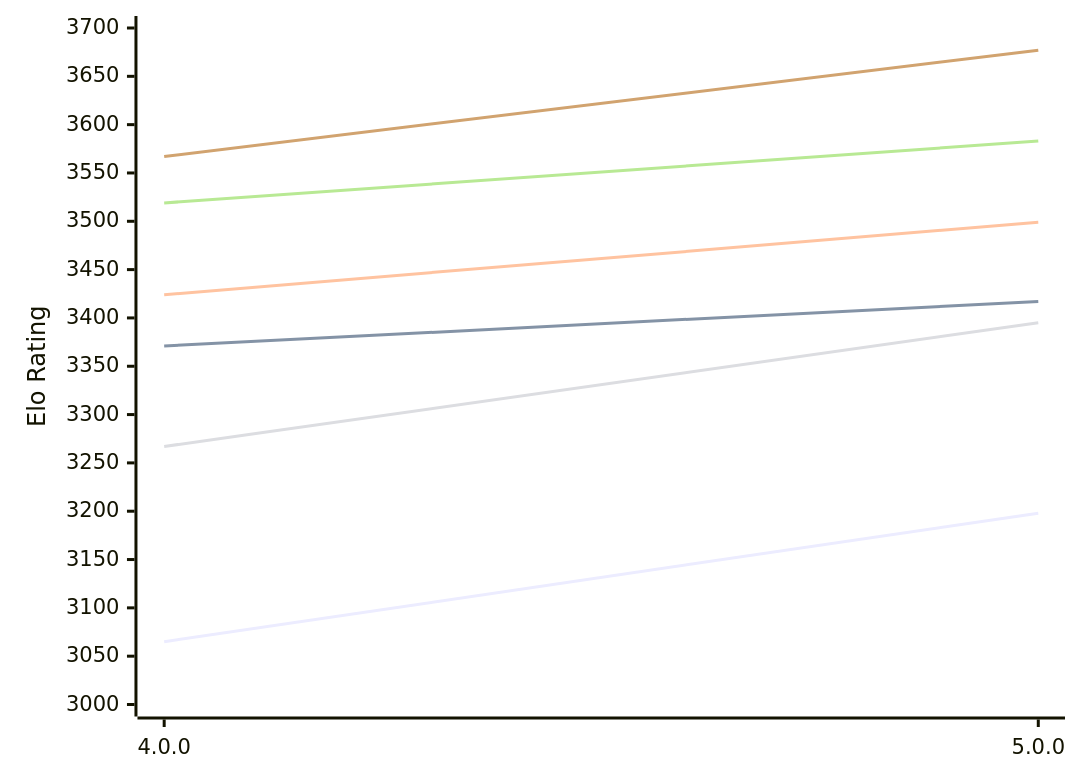
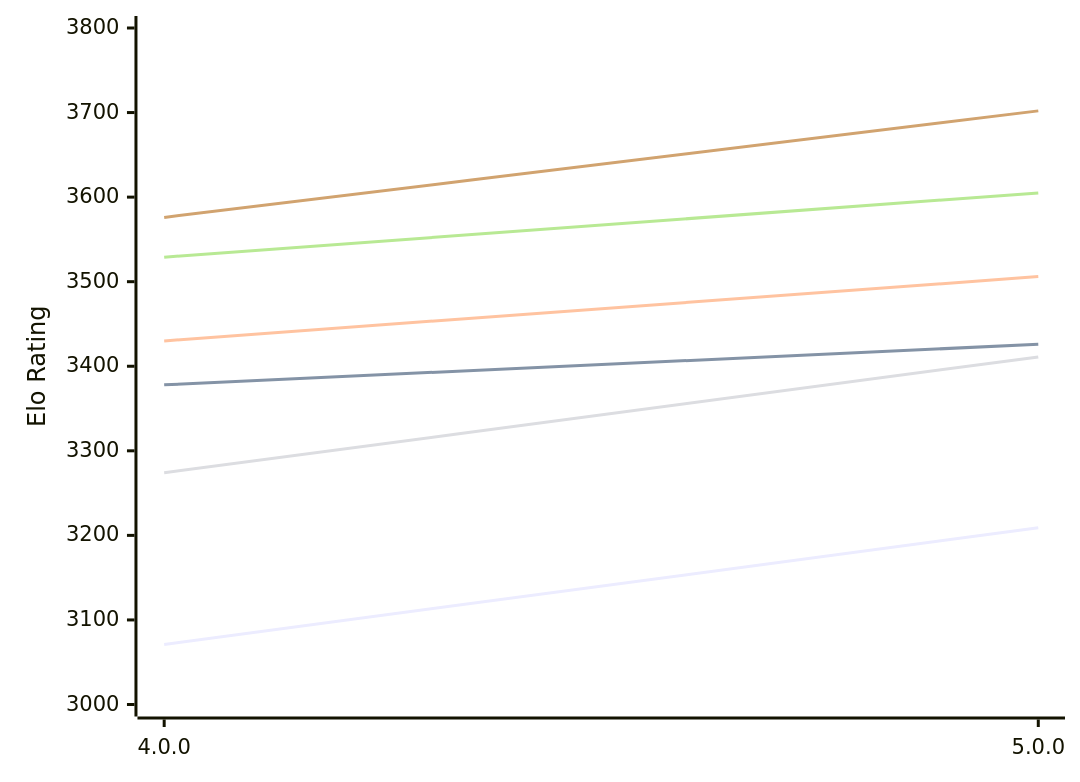
One commit to computer-chess-index/cci changed the first of 2 diagrams in engines/Avalanche.md. Above: the diagram before and after it, drawn with Mermaid. The commit also changed other lines of this file, not shown here.

Commit message:
Update CCI Ratings (ELO VLTC) - 2026-10-16

````diff
--- a/engines/Avalanche.md
+++ b/engines/Avalanche.md
@@ -50,12 +50,12 @@
 ```mermaid
 %%{init: {"theme":"base","themeVariables":{"seriesColors:['#a3a3a3','#222221','#faa371']}}}%%
 xychart-beta
   x-axis ["4.0.0", "5.0.0"]
-  y-axis "Elo Rating" 3000 --> 3700
-  line "E1: STC (8.0+0.08s)" [3065, 3198]
-  line "E1: LTC (60.0+0.60s)" [3371, 3417]
-  line "E1: VLTC (2m24s+1.12s)" [3424, 3499]
-  line "P1: STC (8.0+0.08s)" [3267, 3395]
-  line "P1: LTC (60.0+0.60s)" [3519, 3583]
-  line "P1: VLTC (2m24s+1.12s)" [3567, 3677]
+  y-axis "Elo Rating" 3000 --> 3800
+  line "E1: STC (8.0+0.08s)" [3071, 3209]
+  line "E1: LTC (60.0+0.60s)" [3378, 3426]
+  line "E1: VLTC (2m24s+1.12s)" [3430, 3506]
+  line "P1: STC (8.0+0.08s)" [3274, 3411]
+  line "P1: LTC (60.0+0.60s)" [3529, 3605]
+  line "P1: VLTC (2m24s+1.12s)" [3576, 3702]
 ```
````
